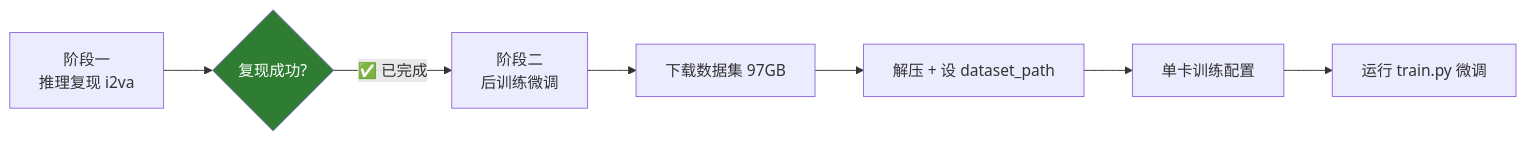
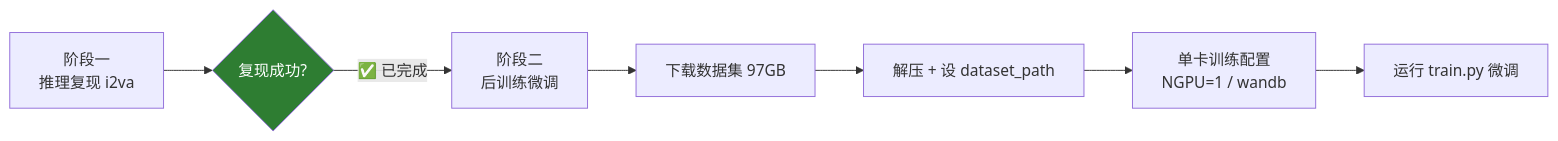
The first of 4 diagrams in LOCAL_DEPLOY_SUMMARY.md (mosensefred/lingbot-va-deploy), drawn with Mermaid before and after one commit. The commit also changed other lines of this file and 2 other files, not shown here.

Commit message:
docs: 扩充本地部署总结——新增时间线/FAQ/目录结构、动作热力图与16帧拼图

````diff
--- a/LOCAL_DEPLOY_SUMMARY.md
+++ b/LOCAL_DEPLOY_SUMMARY.md
@@ -12,10 +34,10 @@
 ```mermaid
 flowchart LR
     A[阶段一<br/>推理复现 i2va] --> B{复现成功?}
     B -- ✅ 已完成 --> C[阶段二<br/>后训练微调]
     C --> D[下载数据集 97GB]
     D --> E[解压 + 设 dataset_path]
-    E --> F[单卡训练配置]
+    E --> F[单卡训练配置<br/>NGPU=1 / wandb]
     F --> G[运行 train.py 微调]
     style B fill:#2e7d32,color:#fff
 ```
````
